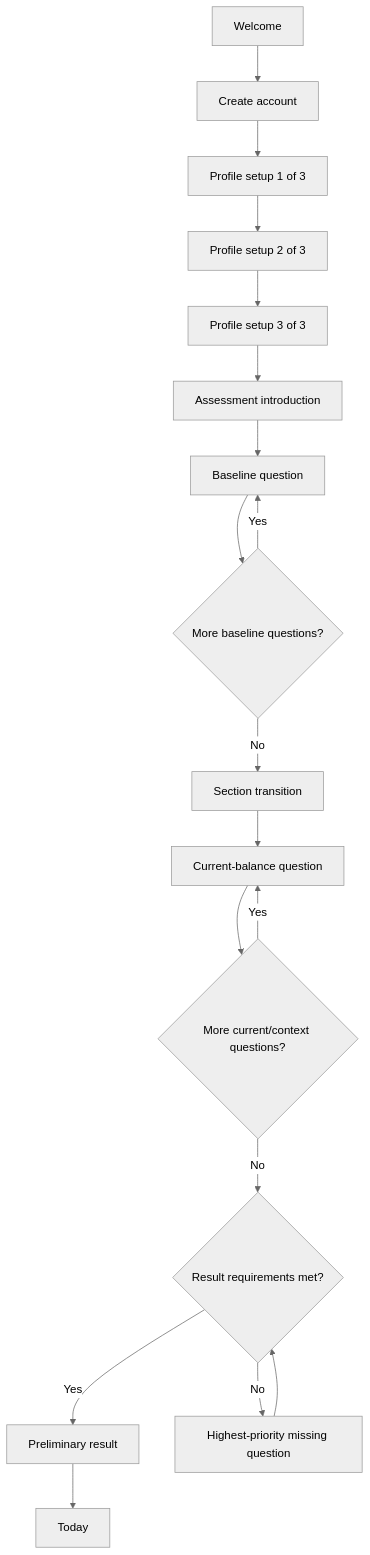
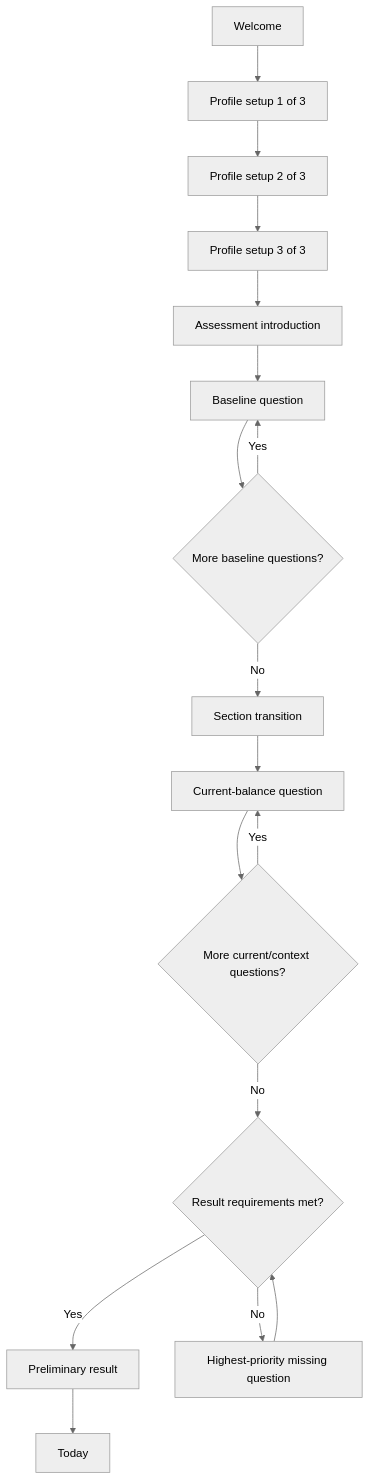
Before and after one commit to BradleyFallon/dosha-companion: the diagram in docs/design/assessment-flow.md, drawn with Mermaid (neutral theme). The commit also changed other lines of this file and 17 other files, not shown here.

Commit message:
enforce required profile setup

````diff
--- a/docs/design/assessment-flow.md
+++ b/docs/design/assessment-flow.md
@@ -9,20 +9,19 @@
 ```mermaid
 flowchart TD
-    A[Welcome] --> B[Create account]
-    B --> C[Profile setup 1 of 3]
+    A[Welcome] --> C[Profile setup 1 of 3]
     C --> D[Profile setup 2 of 3]
     D --> E[Profile setup 3 of 3]
     E --> F[Assessment introduction]
     F --> G[Baseline question]
     G --> H{More baseline questions?}
     H -- Yes --> G
     H -- No --> I[Section transition]
     I --> J[Current-balance question]
     J --> K{More current/context questions?}
     K -- Yes --> J
     K -- No --> L{Result requirements met?}
     L -- Yes --> M[Preliminary result]
     L -- No --> N[Highest-priority missing question]
     N --> L
     M --> O[Today]
 ```
````
